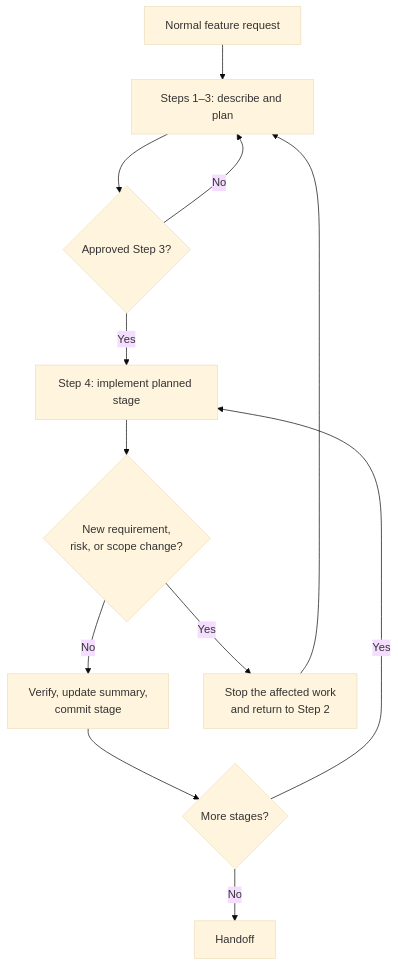
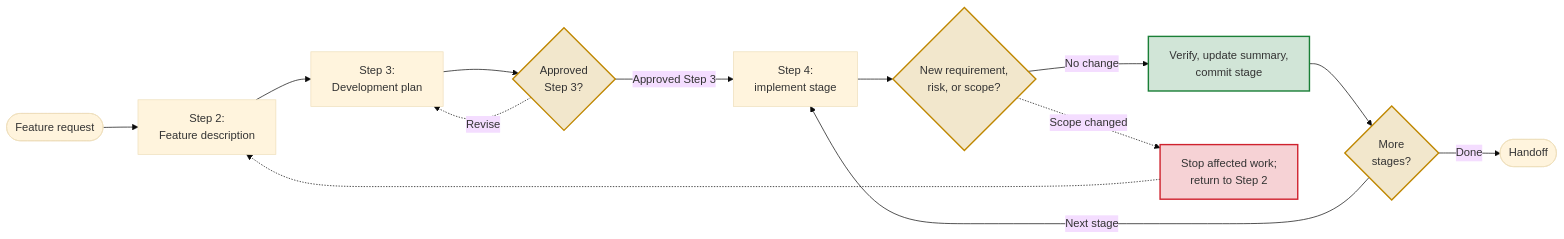
Before and after one commit to gulkily/fdp: the second of 2 diagrams in README.md, drawn with Mermaid (base theme). The commit also changed other lines of this file and 1 other file, not shown here.

Commit message:
docs(stage 2): rework return-to-planning Mermaid diagram

````diff
--- a/README.md
+++ b/README.md
@@ -151,14 +153,22 @@
 ```mermaid
-flowchart TD
-    N[Normal feature request] --> P[Steps 1–3: describe and plan]
-    P --> A{Approved Step 3?}
-    A -->|No| P
-    A -->|Yes| I[Step 4: implement planned stage]
-    I --> Q{New requirement,\nrisk, or scope change?}
-    Q -->|No| V[Verify, update summary,\ncommit stage]
-    V --> D{More stages?}
-    D -->|Yes| I
-    D -->|No| H[Handoff]
-    Q -->|Yes| R[Stop the affected work\nand return to Step 2]
-    R --> P
+flowchart LR
+    N([Feature request]) --> S2["Step 2:<br/>Feature description"]
+    S2 --> S3["Step 3:<br/>Development plan"]
+    S3 --> A{"Approved<br/>Step 3?"}
+    A -.->|Revise| S3
+    A -->|Approved Step 3| I["Step 4:<br/>implement stage"]
+    I --> Q{"New requirement,<br/>risk, or scope?"}
+    Q -->|No change| V["Verify, update summary,<br/>commit stage"]
+    V --> D{"More<br/>stages?"}
+    D -->|Next stage| I
+    D -->|Done| H([Handoff])
+    Q -.->|Scope changed| R["Stop affected work;<br/>return to Step 2"]
+    R -.-> S2
+
+    classDef gate fill:#bf870033,stroke:#bf8700,stroke-width:2px
+    classDef commit fill:#1a7f3733,stroke:#1a7f37,stroke-width:2px
+    classDef stop fill:#cf222e33,stroke:#cf222e,stroke-width:2px
+    class A,Q,D gate
+    class V commit
+    class R stop
 ```
````
